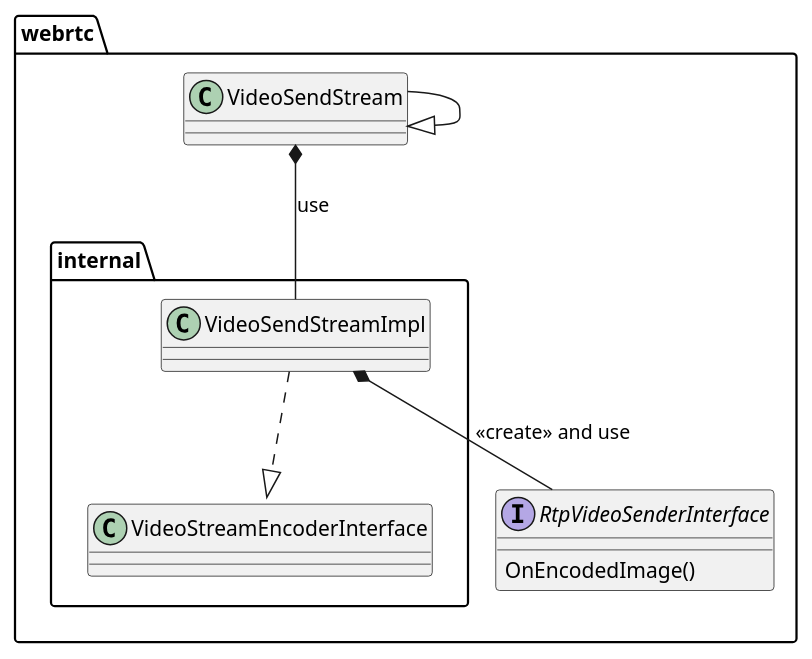
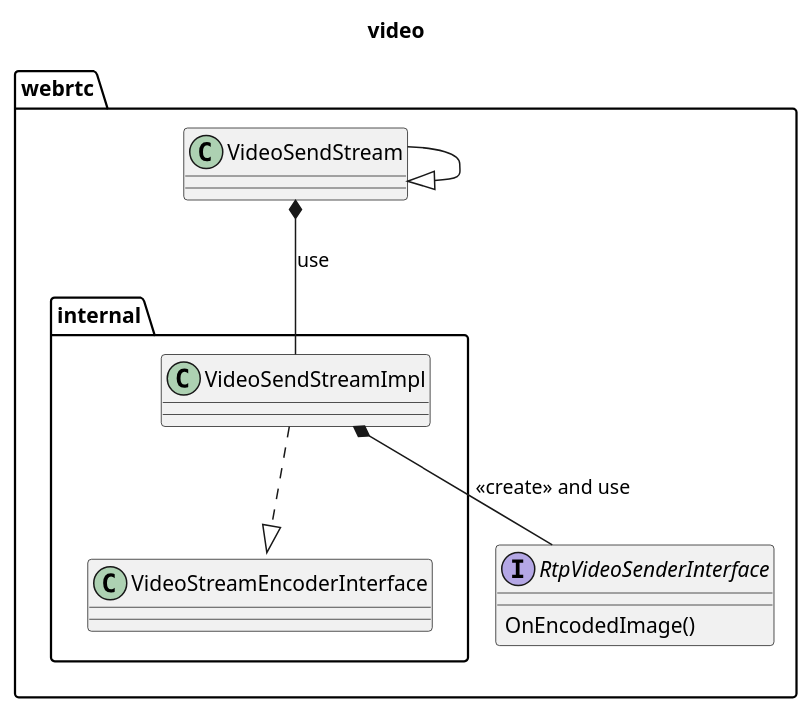
The seventh of 19 diagrams in webrtc_chrome/Design.md (mingxin505/webrtcNote), drawn with PlantUML before and after one commit. The commit also changed other lines of this file and 5 other files, not shown here.

````diff
--- a/webrtc_chrome/Design.md
+++ b/webrtc_chrome/Design.md
@@ -144,14 +144,15 @@
 ```plantuml
+title "video"
 namespace webrtc { 
     class VideoSendStream
     interface RtpVideoSenderInterface {
         OnEncodedImage()
     }
     namespace internal {
         VideoSendStream --|> webrtc.VideoSendStream
         VideoSendStream *-- VideoSendStreamImpl  : use
         VideoSendStreamImpl ..|> VideoStreamEncoderInterface::EncoderSink
         VideoSendStreamImpl *-- RtpVideoSenderInterface : <<create>> and use
     }
 }
 ```
````
